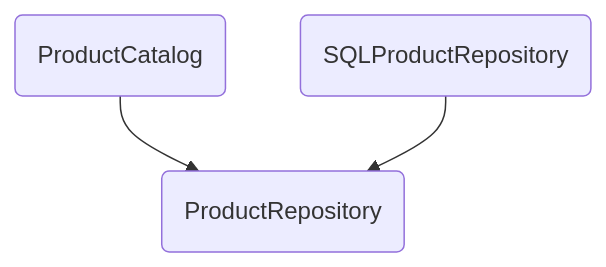
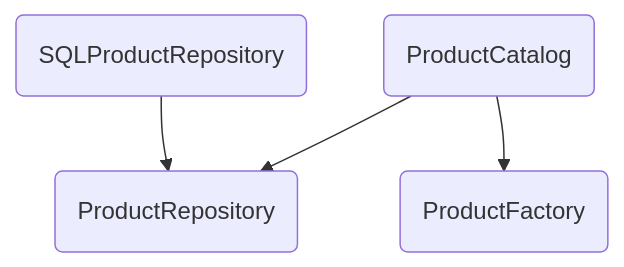
The eighth of 8 diagrams in README.md (SE-Materials/DesignPatternsCPP), drawn with Mermaid before and after one commit. The commit also changed other lines of this file, not shown here.

````diff
--- a/README.md
+++ b/README.md
@@ -620,5 +620,6 @@
 ```mermaid
 flowchart TD
   id1(ProductCatalog) --> id10(ProductRepository)
   id2(SQLProductRepository) --> id10
+  id1 --> id11(ProductFactory)
 ```
````
